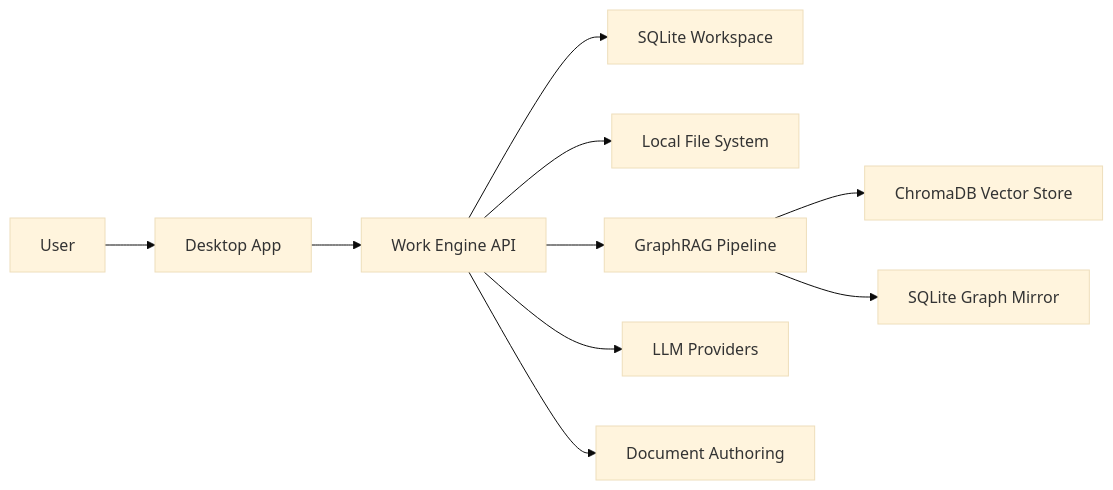
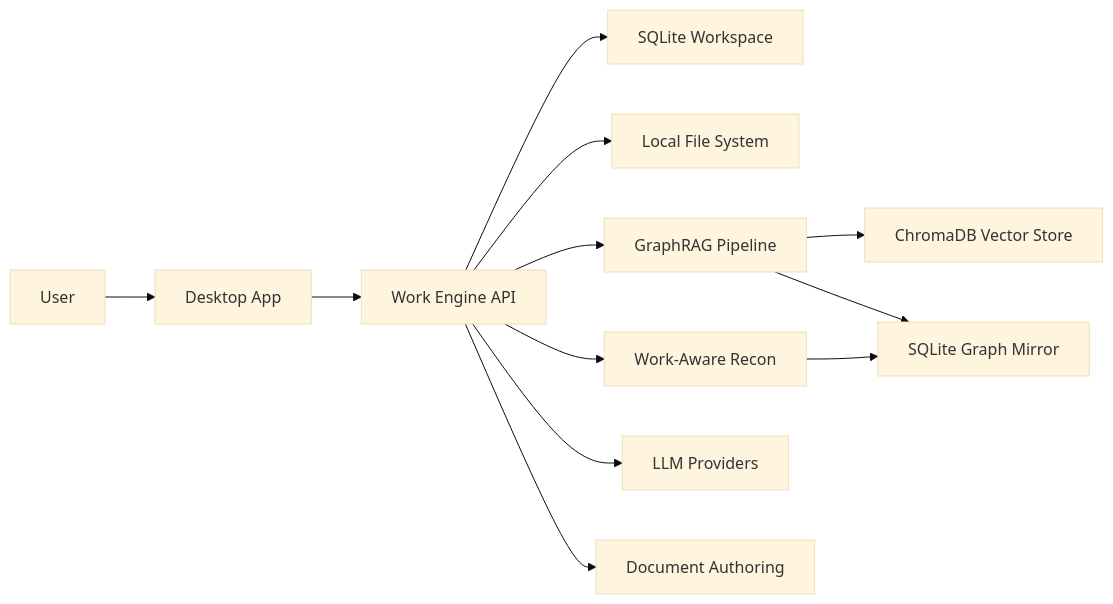
Before and after one commit to Kminer2053/gongmuwon: the diagram in README.md, drawn with Mermaid (base theme). The commit also changed other lines of this file and 15 other files, not shown here.

Commit message:
docs: refresh installer and graphrag documentation

````diff
--- a/README.md
+++ b/README.md
@@ -62,12 +74,14 @@
 ```mermaid
 flowchart LR
   A[User] --> B[Desktop App]
   B --> C[Work Engine API]
   C --> D[SQLite Workspace]
   C --> E[Local File System]
   C --> F[GraphRAG Pipeline]
+  C --> K[Work-Aware Recon]
   F --> G[ChromaDB Vector Store]
   F --> H[SQLite Graph Mirror]
+  K --> H
   C --> I[LLM Providers]
   C --> J[Document Authoring]
 ```
````
